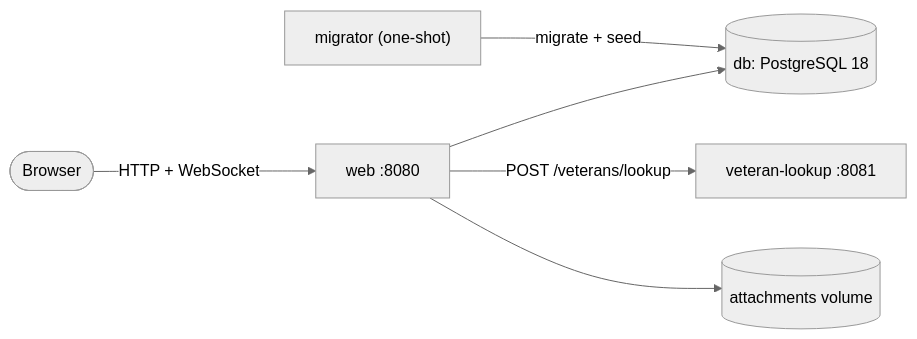
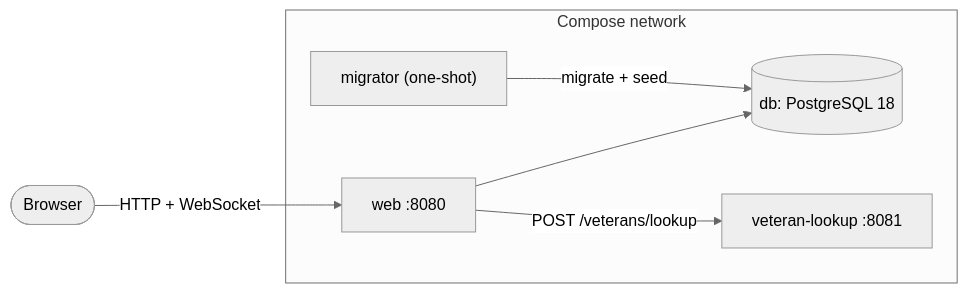
The diagram in docs/architecture-overview.md (wslabwsllc/va-misi-case-management-wsllc), drawn with Mermaid (neutral theme) before and after one commit. The commit also changed 1 other file, not shown here.

Commit message:
Refactor architecture overview diagram for improved clarity and organization

````diff
--- a/docs/architecture-overview.md
+++ b/docs/architecture-overview.md
@@ -11,8 +11,16 @@
 ```mermaid
 flowchart LR
-    browser([Browser]) -- "HTTP + WebSocket" --> web["web :8080"]
-    migrator["migrator (one-shot)"] -- "migrate + seed" --> db[("db: PostgreSQL 18")]
+    browser([Browser])
+
+    subgraph compose["Compose network"]
+        db[("db: PostgreSQL 18")]
+        migrator["migrator (one-shot)"]
+        lookup["veteran-lookup :8081"]
+        web["web :8080"]
+    end
+
+    browser -- "HTTP + WebSocket" --> web
+    migrator -- "migrate + seed" --> db
     web --> db
-    web -- "POST /veterans/lookup" --> lookup["veteran-lookup :8081"]
-    web --> att[(attachments volume)]
+    web -- "POST /veterans/lookup" --> lookup
 ```
````
